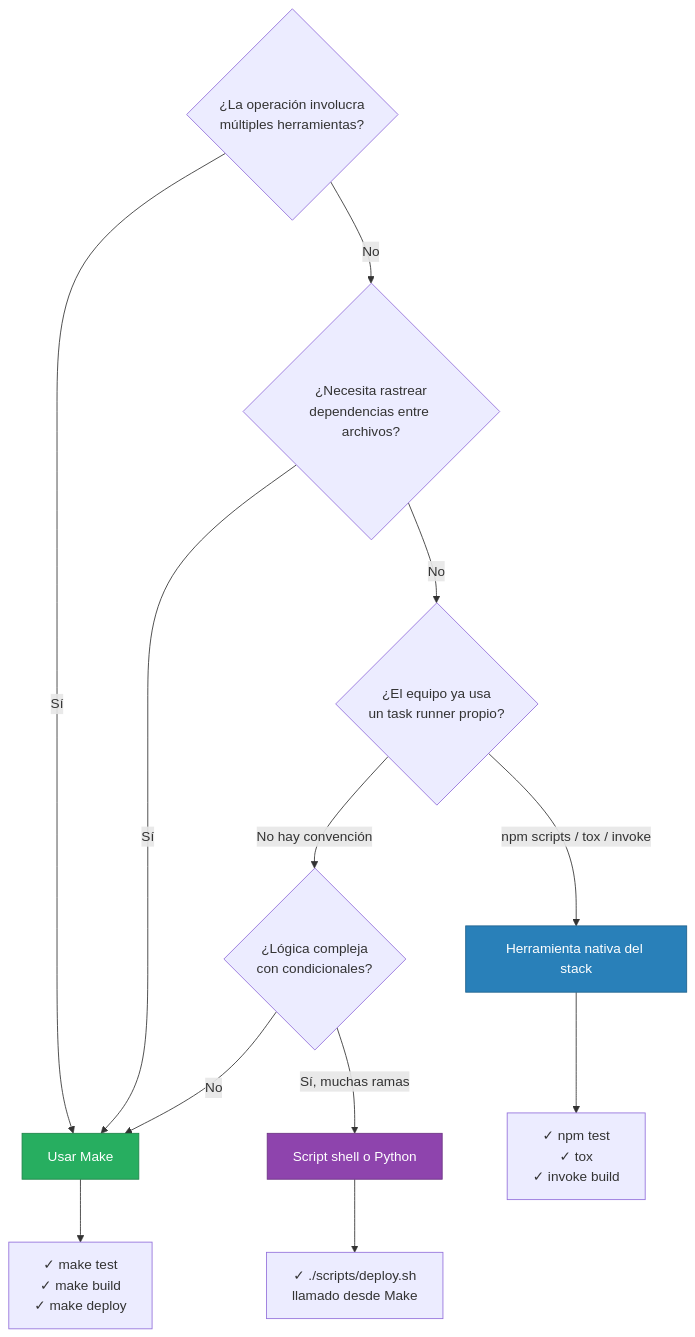
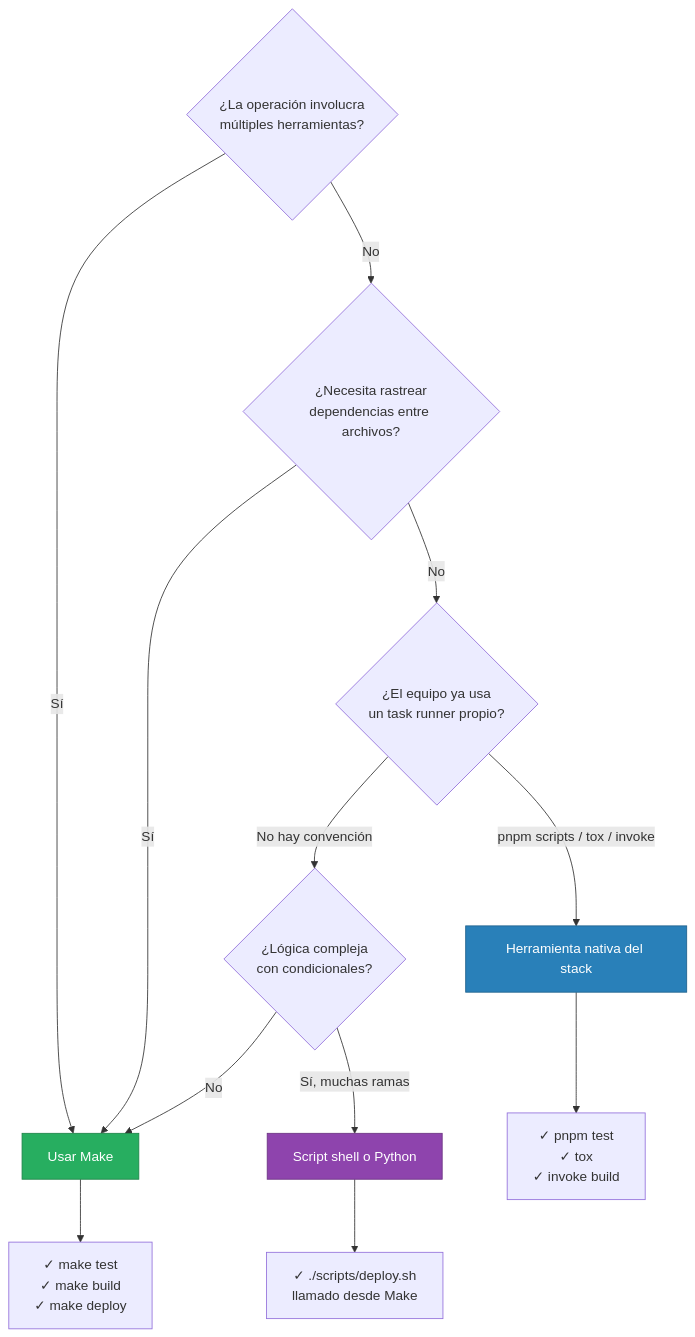
The diagram in bootcamp/week-11-makefiles_para_proyectos_modernos/0-assets/03-decision-make-vs-scripts.md (ergrato-dev/bc-makefile), drawn with Mermaid before and after one commit. The commit also changed other lines of this file and 71 other files, not shown here.

First line of the commit message:
fix(vigencia): stack 2026, pnpm, compose v2 e imagenes no-root

````diff
--- a/bootcamp/week-11-makefiles_para_proyectos_modernos/0-assets/03-decision-make-vs-scripts.md
+++ b/bootcamp/week-11-makefiles_para_proyectos_modernos/0-assets/03-decision-make-vs-scripts.md
@@ -3,19 +3,19 @@
 ```mermaid
 flowchart TD
     Q1{¿La operación involucra\nmúltiples herramientas?} -->|Sí| MAKE[Usar Make]
     Q1 -->|No| Q2{¿Necesita rastrear\ndependencias entre archivos?}
     Q2 -->|Sí| MAKE
     Q2 -->|No| Q3{¿El equipo ya usa\nun task runner propio?}
-    Q3 -->|npm scripts / tox / invoke| NATIVE[Herramienta nativa del stack]
+    Q3 -->|pnpm scripts / tox / invoke| NATIVE[Herramienta nativa del stack]
     Q3 -->|No hay convención| Q4{¿Lógica compleja\ncon condicionales?}
     Q4 -->|Sí, muchas ramas| SHELL[Script shell o Python]
     Q4 -->|No| MAKE
 
     MAKE --> E1["✓ make test<br/>✓ make build<br/>✓ make deploy"]
-    NATIVE --> E2["✓ npm test<br/>✓ tox<br/>✓ invoke build"]
+    NATIVE --> E2["✓ pnpm test<br/>✓ tox<br/>✓ invoke build"]
     SHELL --> E3["✓ ./scripts/deploy.sh<br/>llamado desde Make"]
 
     style MAKE fill:#27ae60,stroke:#1e8449,color:#fff
     style NATIVE fill:#2980b9,stroke:#1f618d,color:#fff
     style SHELL fill:#8e44ad,stroke:#6c3483,color:#fff
 ```
````
